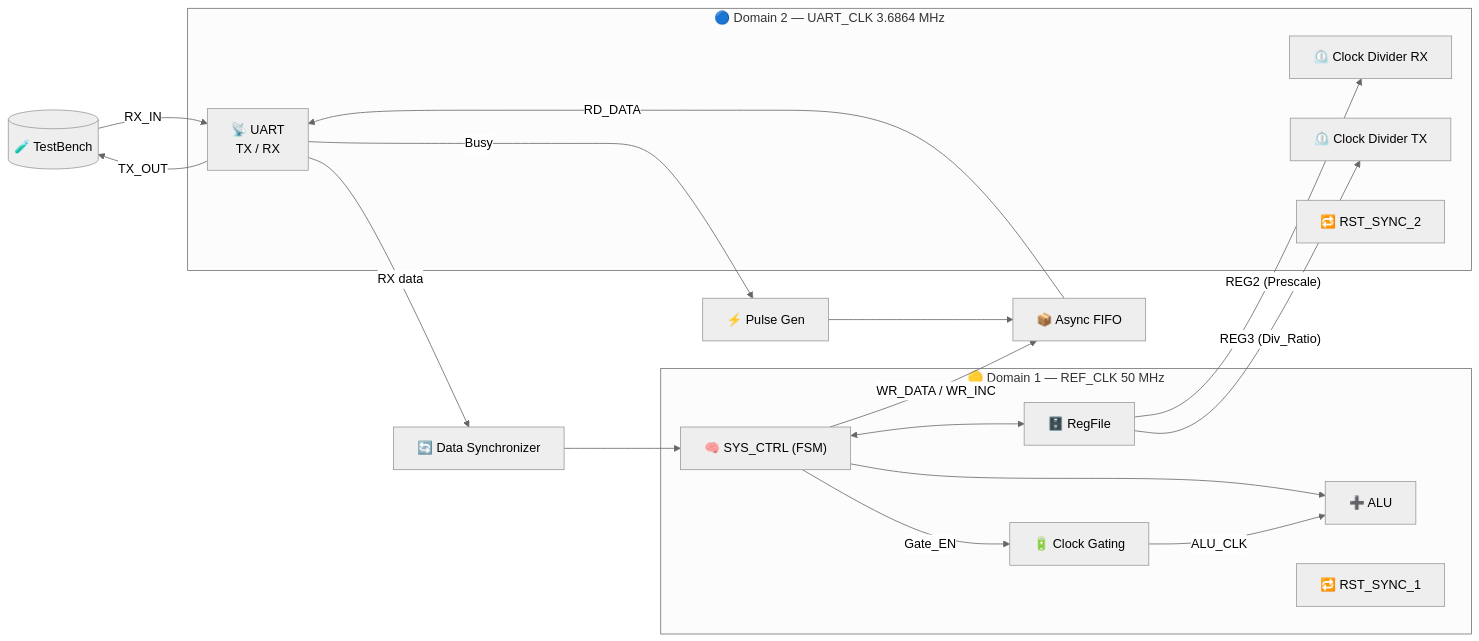
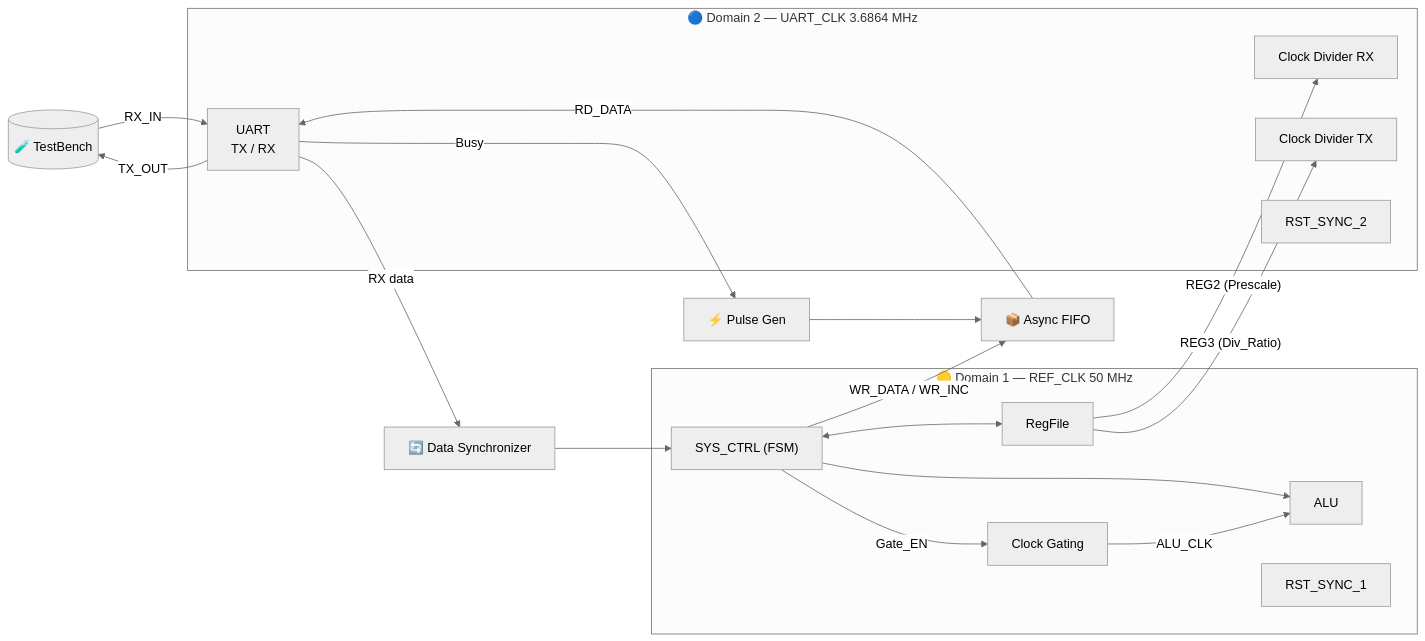
The first of 2 diagrams in README.md (Shnassar25/-Digital-IC-Design-SoC-RTL2GDS), drawn with Mermaid (neutral theme) before and after one commit. The commit also changed other lines of this file, not shown here.

````diff
--- a/README.md
+++ b/README.md
@@ -72,31 +72,31 @@
 ```mermaid
 flowchart LR
     TB[("🧪 TestBench")] -- RX_IN --> UART
     UART -- TX_OUT --> TB
 
     subgraph D2["🔵 Domain 2 — UART_CLK 3.6864 MHz"]
-        UART["📡 UART<br/>TX / RX"]
-        CD1["⏲️ Clock Divider RX"]
-        CD2["⏲️ Clock Divider TX"]
-        RS2["🔁 RST_SYNC_2"]
+        UART[" UART<br/>TX / RX"]
+        CD1[" Clock Divider RX"]
+        CD2[" Clock Divider TX"]
+        RS2[" RST_SYNC_2"]
     end
 
     subgraph D1["🟡 Domain 1 — REF_CLK 50 MHz"]
-        SYS["🧠 SYS_CTRL (FSM)"]
-        RF["🗄️ RegFile"]
-        ALU["➕ ALU"]
-        CG["🔋 Clock Gating"]
-        RS1["🔁 RST_SYNC_1"]
+        SYS[" SYS_CTRL (FSM)"]
+        RF[" RegFile"]
+        ALU[" ALU"]
+        CG[" Clock Gating"]
+        RS1[" RST_SYNC_1"]
     end
 
     UART -- "RX data" --> DS["🔄 Data Synchronizer"] --> SYS
     SYS <--> RF
     SYS --> ALU
     SYS -- "Gate_EN" --> CG -- "ALU_CLK" --> ALU
     SYS -- "WR_DATA / WR_INC" --> FIFO["📦 Async FIFO"]
     FIFO -- "RD_DATA" --> UART
     PG["⚡ Pulse Gen"] --> FIFO
     UART -- Busy --> PG
     RF -- "REG2 (Prescale)" --> CD1
     RF -- "REG3 (Div_Ratio)" --> CD2
 ```
````
